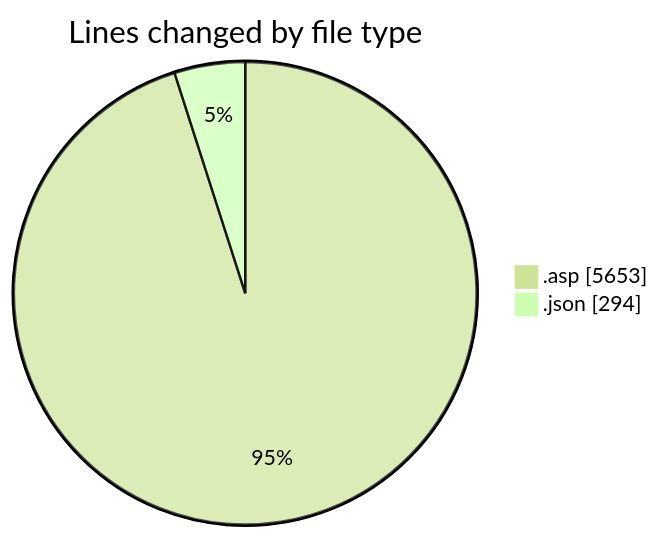
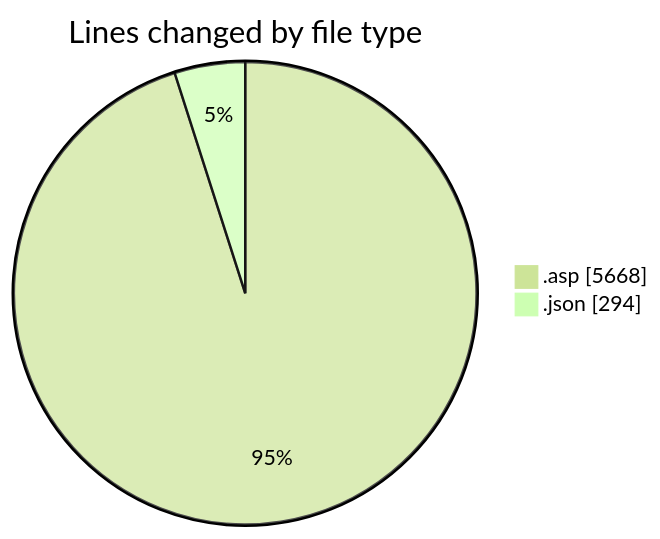
The first of 2 diagrams in 2025-10-27/usr_aleoudev_fr__workspace_/README.md (julien-gomy/code-tracking), drawn with Mermaid (forest theme) before and after one commit. The commit also changed other lines of this file and 1 other file, not shown here.

````diff
--- a/2025-10-27/usr_aleoudev_fr__workspace_/README.md
+++ b/2025-10-27/usr_aleoudev_fr__workspace_/README.md
@@ -27,6 +27,6 @@
 ```mermaid
 pie showData
 title Lines changed by file type
-".asp" : 5653
+".asp" : 5668
 ".json" : 294
 ```
````
